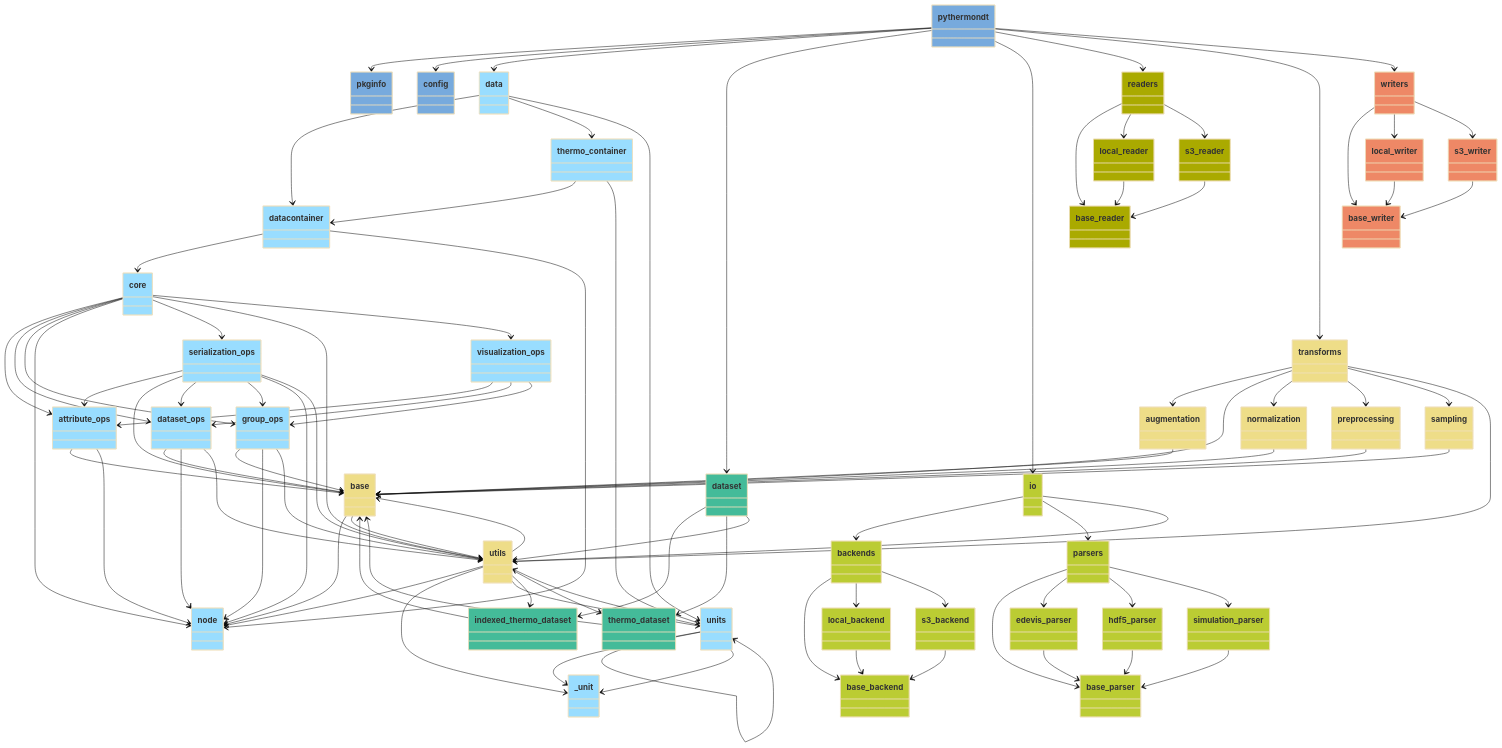
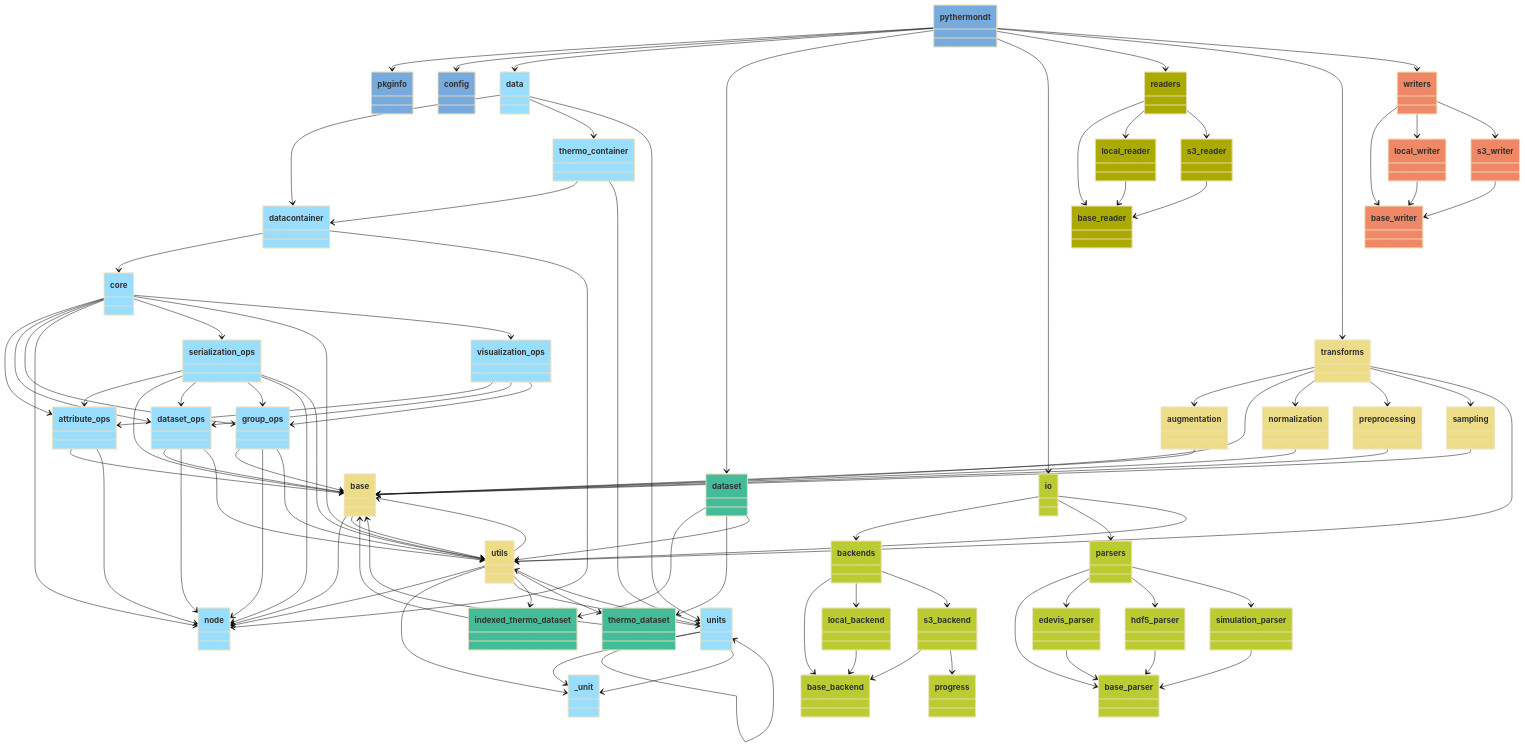
The diagram in docs/pyreverse/mermaid/packages_pythermondt.mmd (voidsy-gmbh/pyThermoNDT), drawn with Mermaid (base theme) before and after one commit. The commit also changed 16 other files, not shown here.

```diff
--- a/docs/pyreverse/mermaid/packages_pythermondt.mmd
+++ b/docs/pyreverse/mermaid/packages_pythermondt.mmd
@@ -83,6 +83,9 @@
   class local_backend {
   }
   style local_backend fill:#BBCC33
+  class progress {
+  }
+  style progress fill:#BBCC33
   class s3_backend {
   }
   style s3_backend fill:#BBCC33
@@ -212,6 +215,7 @@
   backends --> s3_backend
   local_backend --> base_backend
   s3_backend --> base_backend
+  s3_backend --> progress
   parsers --> base_parser
   parsers --> edevis_parser
   parsers --> hdf5_parser
```
